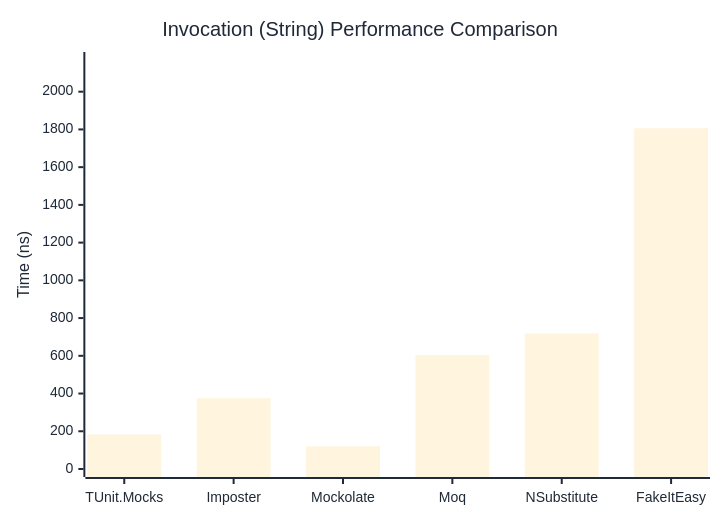
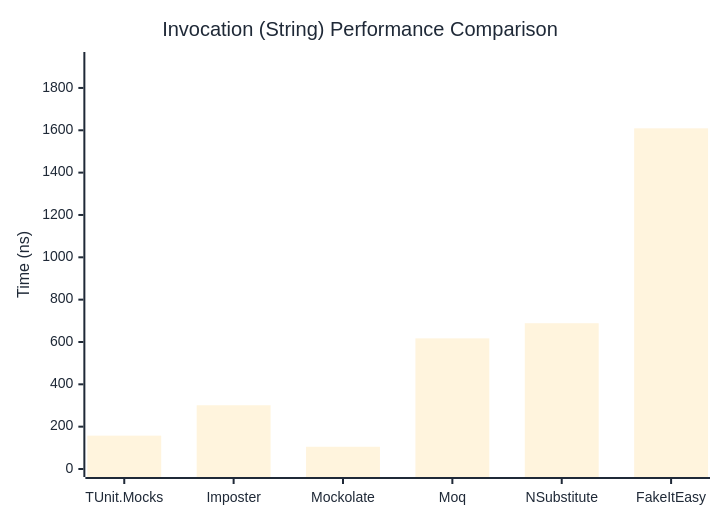
One commit to thomhurst/TUnit changed the second of 3 diagrams in docs/docs/benchmarks/mocks/Invocation.md. Above: the diagram before and after it, drawn with Mermaid. The commit also changed other lines of this file and 14 other files, not shown here.

````diff
--- a/docs/docs/benchmarks/mocks/Invocation.md
+++ b/docs/docs/benchmarks/mocks/Invocation.md
@@ -69,27 +69,27 @@
 ```mermaid
 %%{init: {
   'theme':'base',
   'themeVariables': {
     'primaryColor': '#2563eb',
     'primaryTextColor': '#1f2937',
     'primaryBorderColor': '#1e40af',
     'lineColor': '#6b7280',
     'secondaryColor': '#7c3aed',
     'tertiaryColor': '#dc2626',
     'background': '#ffffff',
     'pie1': '#2563eb',
     'pie2': '#7c3aed',
     'pie3': '#dc2626',
     'pie4': '#f59e0b',
     'pie5': '#10b981',
     'pie6': '#06b6d4',
     'pie7': '#ec4899',
     'pie8': '#6366f1'
   }
 }}%%
 xychart-beta
   title "Invocation (String) Performance Comparison"
   x-axis ["TUnit.Mocks", "Imposter", "Mockolate", "Moq", "NSubstitute", "FakeItEasy"]
-  y-axis "Time (ns)" 0 --> 2168
-  bar [182.5, 375.2, 120, 604.4, 718, 1806.2]
+  y-axis "Time (ns)" 0 --> 1932
+  bar [157.5, 301.1, 105, 617.1, 688.6, 1609.2]
 ```
````
